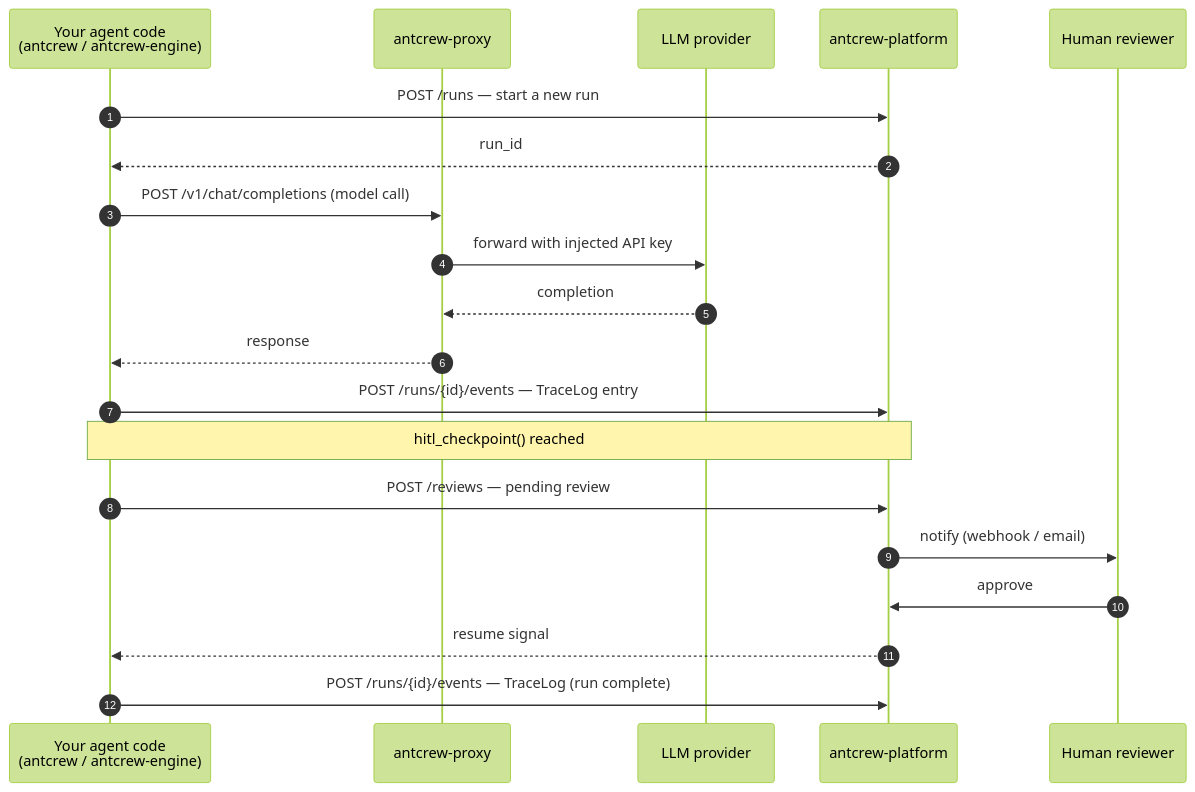
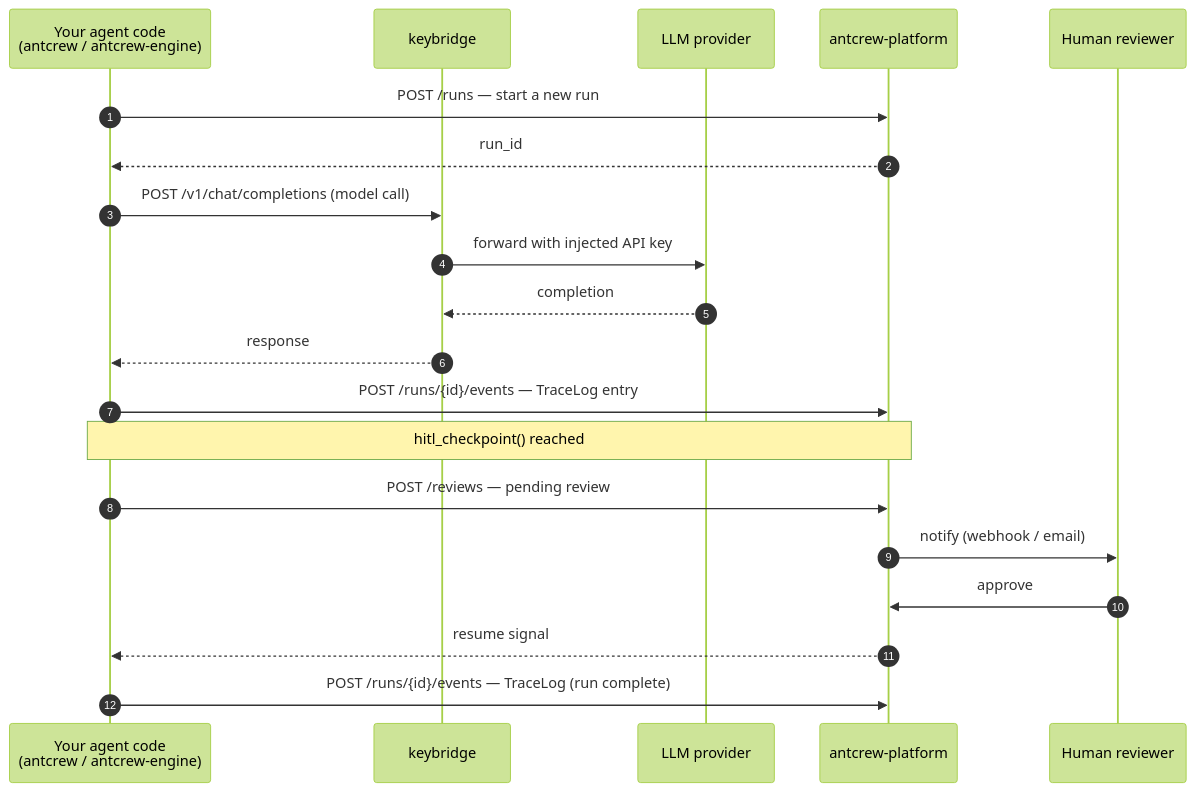
Before and after one commit to iagop03/antcrew-docs: the diagram in docs/architecture/overview.md, drawn with Mermaid (forest theme). The commit also changed other lines of this file and 13 other files, not shown here.

First line of the commit message:
docs: rename antcrew-proxy → keybridge + add Compliance Pack page

````diff
--- a/docs/architecture/overview.md
+++ b/docs/architecture/overview.md
@@ -81,28 +81,28 @@
 ```mermaid
 sequenceDiagram
     autonumber
     participant Code as Your agent code<br/>(antcrew / antcrew-engine)
-    participant Proxy as antcrew-proxy
+    participant Proxy as keybridge
     participant LLM as LLM provider
     participant Platform as antcrew-platform
     participant Human as Human reviewer
 
     Code->>Platform: POST /runs — start a new run
     Platform-->>Code: run_id
 
     Code->>Proxy: POST /v1/chat/completions (model call)
     Proxy->>LLM: forward with injected API key
     LLM-->>Proxy: completion
     Proxy-->>Code: response
 
     Code->>Platform: POST /runs/{id}/events — TraceLog entry
 
     Note over Code,Platform: hitl_checkpoint() reached
 
     Code->>Platform: POST /reviews — pending review
     Platform->>Human: notify (webhook / email)
     Human->>Platform: approve
     Platform-->>Code: resume signal
 
     Code->>Platform: POST /runs/{id}/events — TraceLog (run complete)
 ```
````
